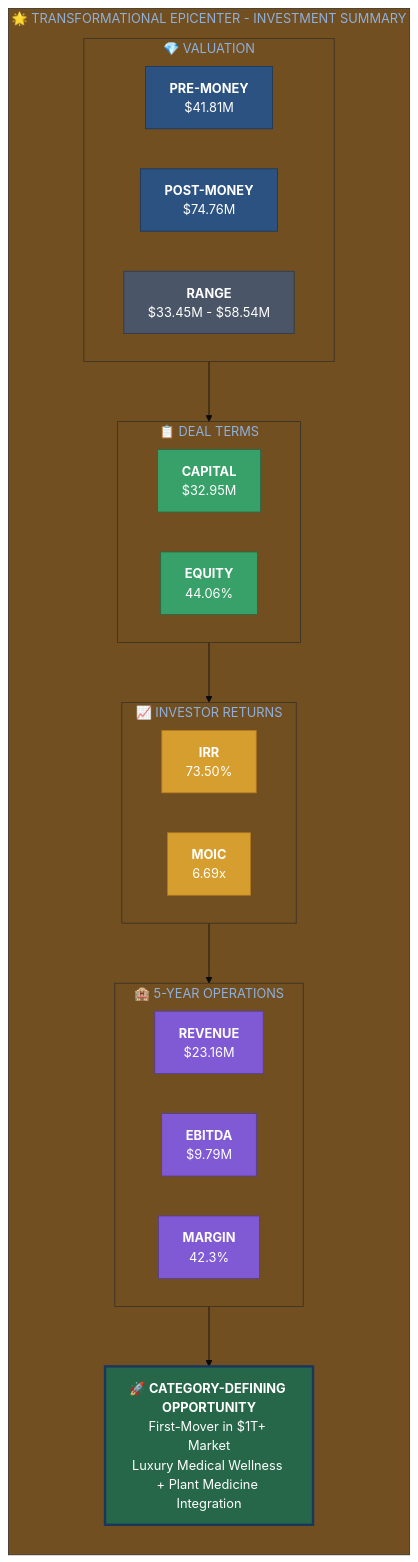
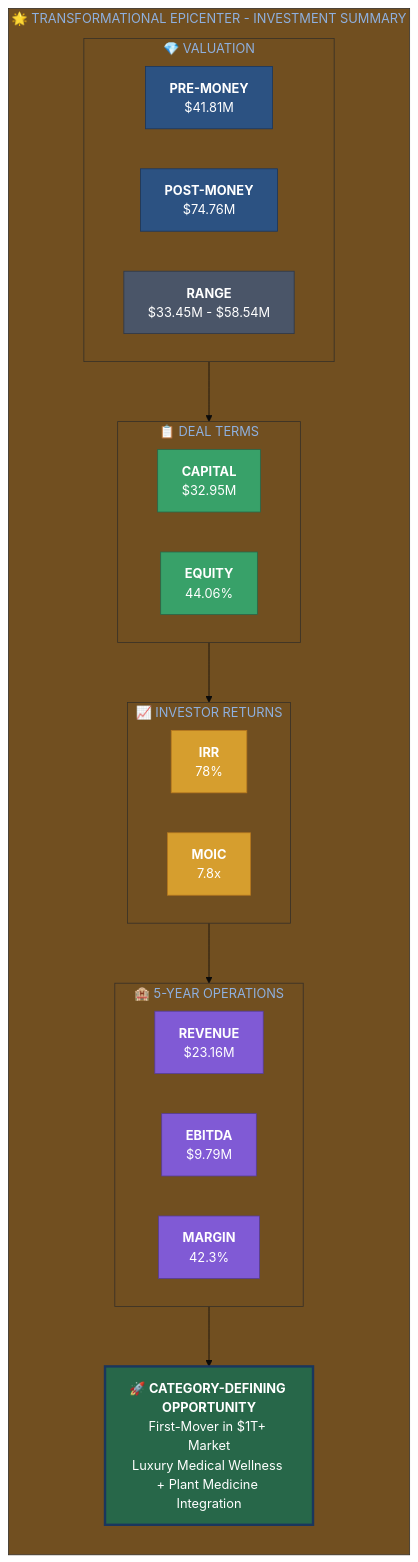
One commit to Light-Brands/epic-center changed diagram 40 of 41 in docs/pitch-packet/AI_VALUATION_REPORT_VISUAL.md. Above: the diagram before and after it, drawn with Mermaid. The commit also changed other lines of this file and 27 other files, not shown here.

````diff
--- a/docs/pitch-packet/AI_VALUATION_REPORT_VISUAL.md
+++ b/docs/pitch-packet/AI_VALUATION_REPORT_VISUAL.md
@@ -1872,51 +1872,51 @@
 ```mermaid
 %%{init: {'theme': 'base', 'themeVariables': { 'primaryColor': '#1a365d', 'primaryTextColor': '#fff'}}}%%
 flowchart TB
     subgraph FINAL["🌟 TRANSFORMATIONAL EPICENTER - INVESTMENT SUMMARY"]
         direction TB
 
         subgraph VALUE["💎 VALUATION"]
             direction LR
             PRE["<b>PRE-MONEY</b><br/>$41.81M"]
             POST["<b>POST-MONEY</b><br/>$74.76M"]
             RANGE["<b>RANGE</b><br/>$33.45M - $58.54M"]
         end
 
         subgraph DEAL["📋 DEAL TERMS"]
             direction LR
             CAP["<b>CAPITAL</b><br/>$32.95M"]
             EQ["<b>EQUITY</b><br/>44.06%"]
         end
 
         subgraph RETURNS["📈 INVESTOR RETURNS"]
             direction LR
-            IRR["<b>IRR</b><br/>73.50%"]
-            MOIC["<b>MOIC</b><br/>6.69x"]
+            IRR["<b>IRR</b><br/>78%"]
+            MOIC["<b>MOIC</b><br/>7.8x"]
         end
 
         subgraph OPERATIONS["🏨 5-YEAR OPERATIONS"]
             direction LR
             REV["<b>REVENUE</b><br/>$23.16M"]
             EBITDA["<b>EBITDA</b><br/>$9.79M"]
             MARGIN["<b>MARGIN</b><br/>42.3%"]
         end
 
         VALUE --> DEAL --> RETURNS --> OPERATIONS
 
         CTA["🚀 <b>CATEGORY-DEFINING OPPORTUNITY</b><br/>First-Mover in $1T+ Market<br/>Luxury Medical Wellness + Plant Medicine Integration"]
 
         OPERATIONS --> CTA
     end
 
     style PRE fill:#2c5282,stroke:#1a365d,color:#fff
     style POST fill:#2c5282,stroke:#1a365d,color:#fff
     style RANGE fill:#4a5568,stroke:#2d3748,color:#fff
     style CAP fill:#38a169,stroke:#276749,color:#fff
     style EQ fill:#38a169,stroke:#276749,color:#fff
     style IRR fill:#d69e2e,stroke:#b7791f,color:#fff
     style MOIC fill:#d69e2e,stroke:#b7791f,color:#fff
     style REV fill:#805ad5,stroke:#553c9a,color:#fff
     style EBITDA fill:#805ad5,stroke:#553c9a,color:#fff
     style MARGIN fill:#805ad5,stroke:#553c9a,color:#fff
     style CTA fill:#276749,stroke:#1a365d,stroke-width:3px,color:#fff
 ```
````
